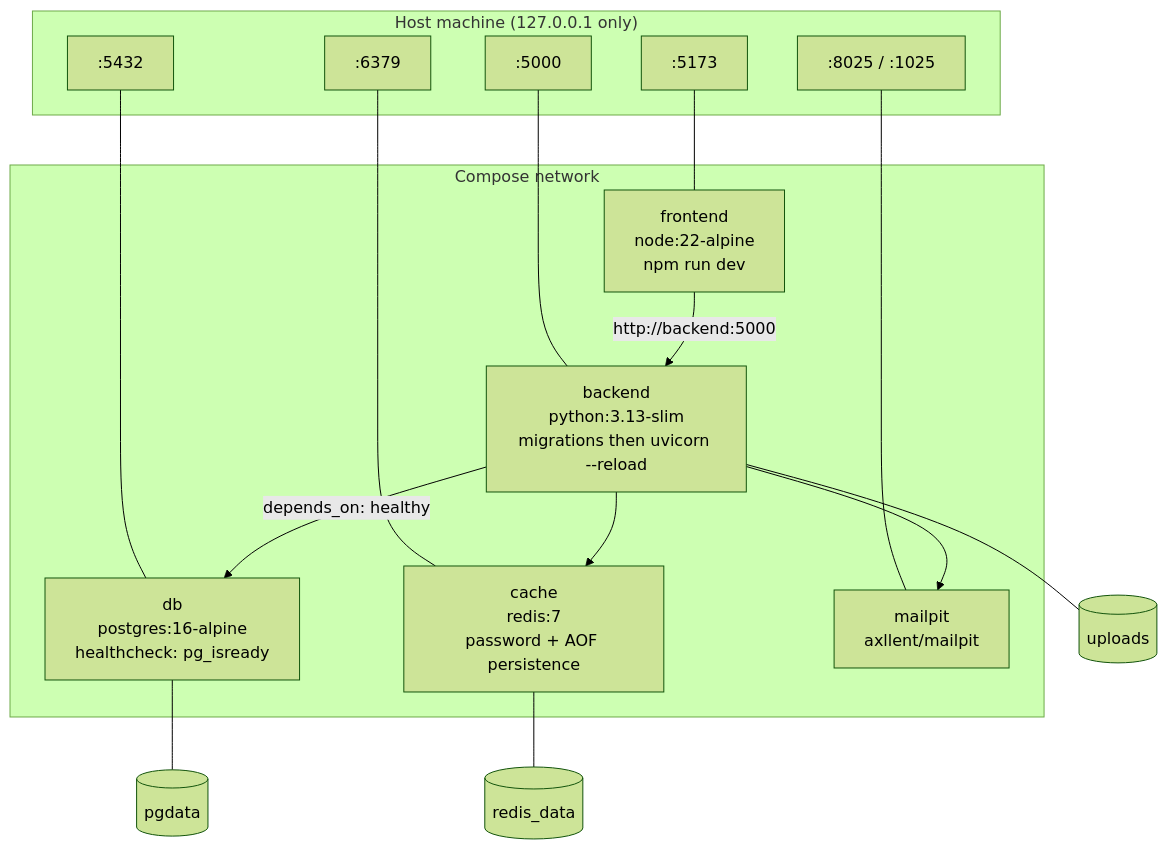
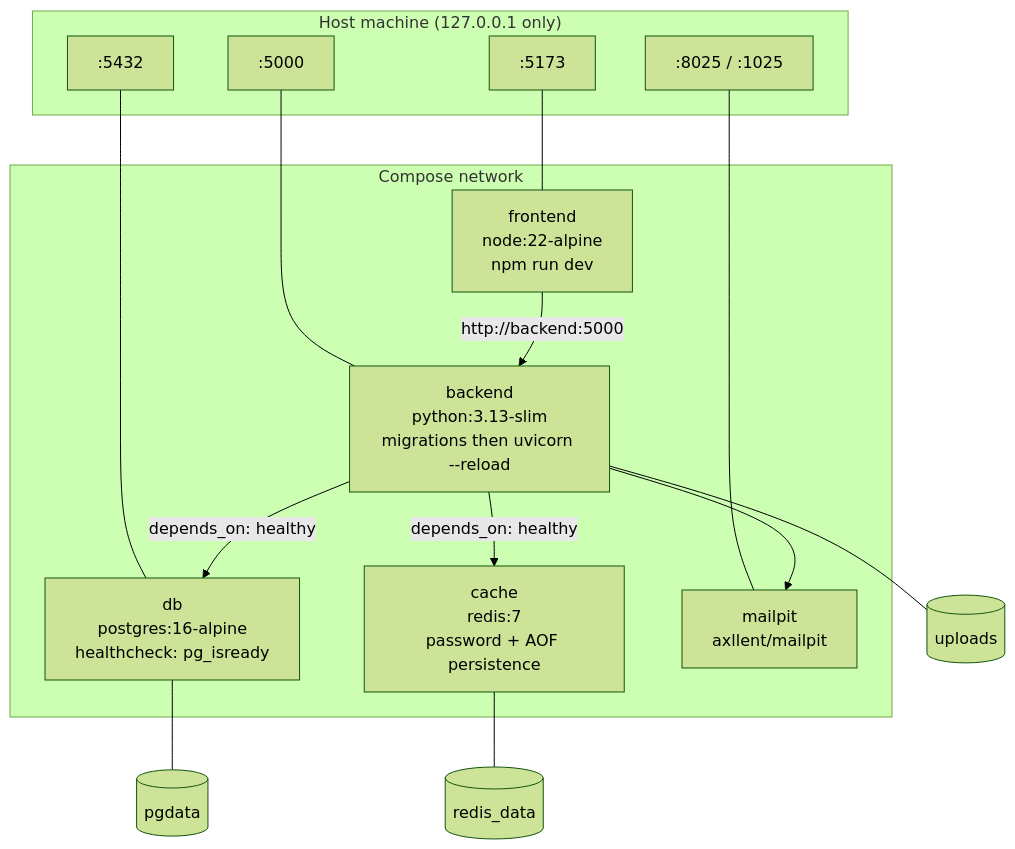
The second of 8 diagrams in README.md (Rpepi/Matcha), drawn with Mermaid (forest theme) before and after one commit. The commit also changed other lines of this file and 1 other file, not shown here.

Commit message:
fix(docker): stop publishing the Redis port and wait for it before starting the backend

````diff
--- a/README.md
+++ b/README.md
@@ -141,36 +142,34 @@
 ```mermaid
 flowchart TB
     subgraph host["Host machine (127.0.0.1 only)"]
         p1[":5173"]
         p2[":5000"]
         p3[":5432"]
-        p4[":6379"]
         p5[":8025 / :1025"]
     end
 
     subgraph net["Compose network"]
         frontend["frontend<br/>node:22-alpine<br/>npm run dev"]
         backend["backend<br/>python:3.13-slim<br/>migrations then uvicorn --reload"]
         db["db<br/>postgres:16-alpine<br/>healthcheck: pg_isready"]
         cache["cache<br/>redis:7<br/>password + AOF persistence"]
         mailpit["mailpit<br/>axllent/mailpit"]
     end
 
     v1[("pgdata")]
     v2[("redis_data")]
     v3[("uploads")]
 
     p1 --- frontend
     p2 --- backend
     p3 --- db
-    p4 --- cache
     p5 --- mailpit
 
     frontend -->|"http://backend:5000"| backend
     backend -->|"depends_on: healthy"| db
-    backend --> cache
+    backend -->|"depends_on: healthy"| cache
     backend --> mailpit
     db --- v1
     cache --- v2
     backend --- v3
 ```
````
